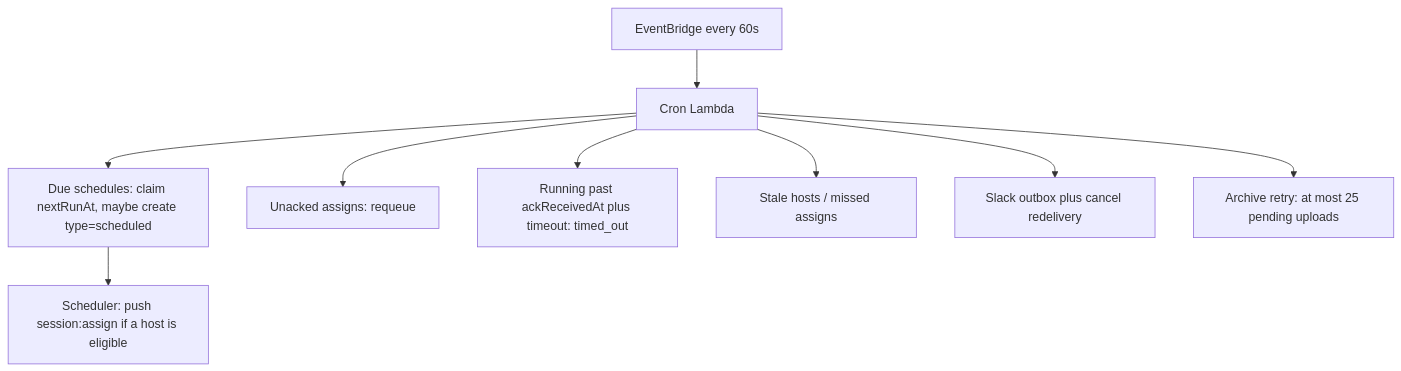
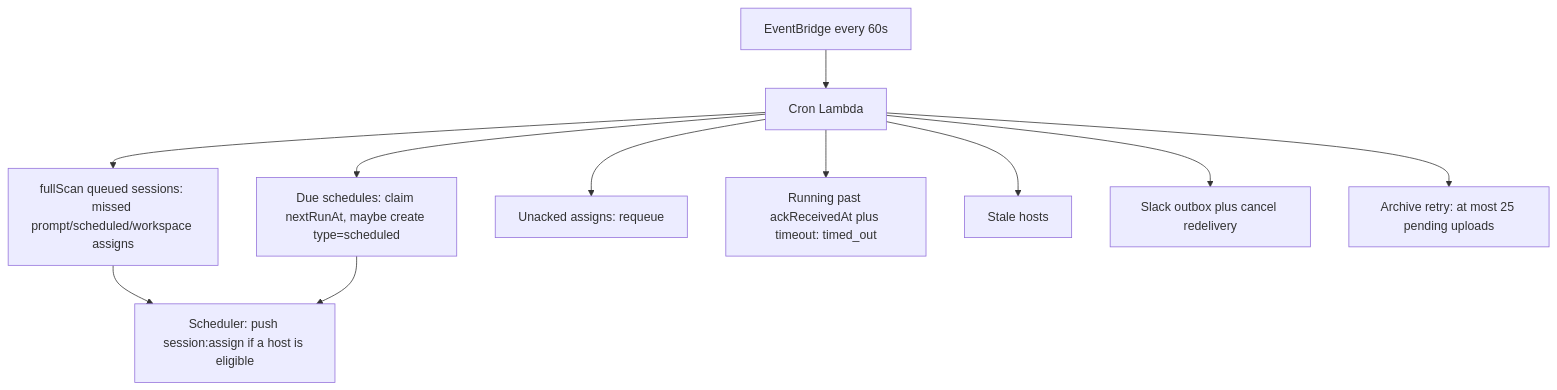
Before and after one commit to jonathanong/auto-harness: the third of 4 diagrams in docs/architecture/communication.md, drawn with Mermaid. The commit also changed other lines of this file and 1 other file, not shown here.

First line of the commit message:
docs: add modelled AWS monthly subtotal and fix comms flows

````diff
--- a/docs/architecture/communication.md
+++ b/docs/architecture/communication.md
@@ -91,11 +95,13 @@
 ```mermaid
 flowchart TD
     EB[EventBridge every 60s] --> Cron[Cron Lambda]
+    Cron --> Queue["fullScan queued sessions: missed prompt/scheduled/workspace assigns"]
     Cron --> Due[Due schedules: claim nextRunAt, maybe create type=scheduled]
     Cron --> Ack[Unacked assigns: requeue]
     Cron --> TO[Running past ackReceivedAt plus timeout: timed_out]
-    Cron --> Stale[Stale hosts / missed assigns]
+    Cron --> Stale[Stale hosts]
     Cron --> Outbox[Slack outbox plus cancel redelivery]
     Cron --> Arch[Archive retry: at most 25 pending uploads]
-    Due --> Sched[Scheduler: push session:assign if a host is eligible]
+    Queue --> Sched[Scheduler: push session:assign if a host is eligible]
+    Due --> Sched
 ```
````
